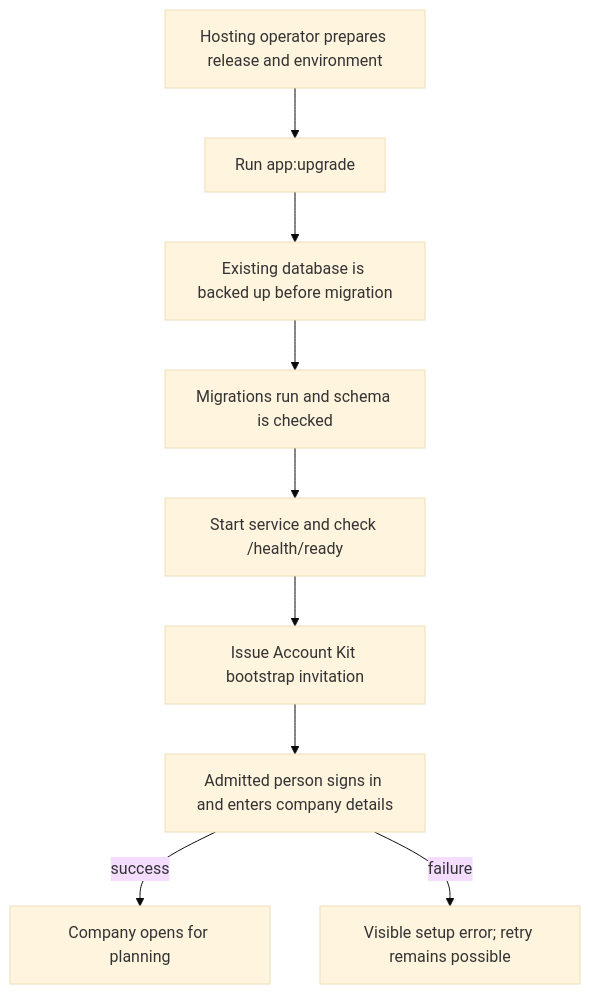
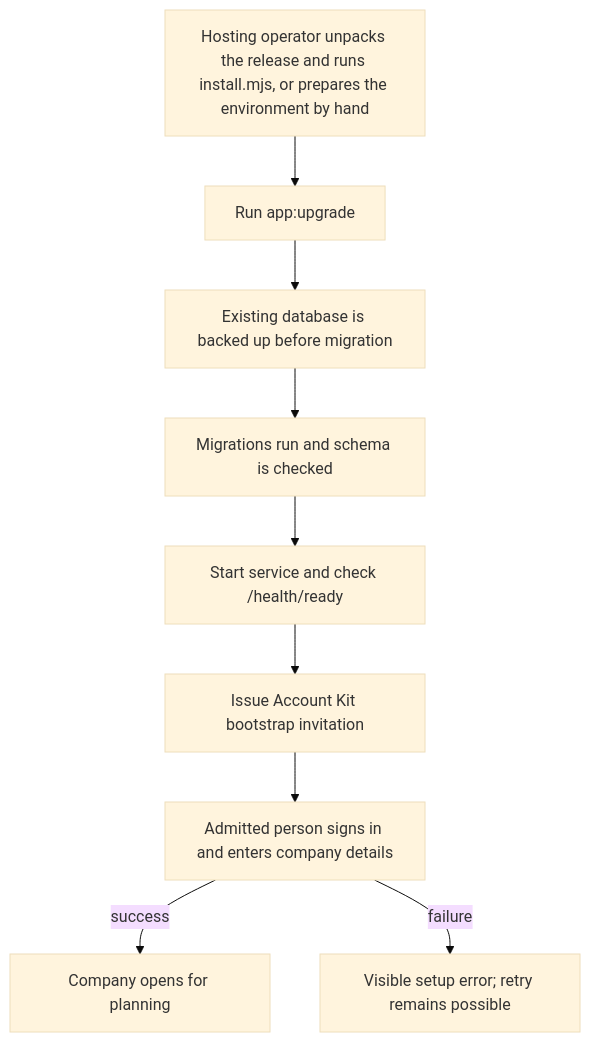
One commit to Kevinjohn/capacitylens changed the first of 2 diagrams in user-stories/installation/US-INS-01-install-one-agency.md. Above: the diagram before and after it, drawn with Mermaid (base theme). The commit also changed other lines of this file and 22 other files, not shown here.

````diff
--- a/user-stories/installation/US-INS-01-install-one-agency.md
+++ b/user-stories/installation/US-INS-01-install-one-agency.md
@@ -21,11 +23,11 @@
 ```mermaid
 flowchart TD
-  prepare["Hosting operator prepares release and environment"] --> upgrade["Run app:upgrade"]
+  prepare["Hosting operator unpacks the release and runs install.mjs, or prepares the environment by hand"] --> upgrade["Run app:upgrade"]
   upgrade --> backup["Existing database is backed up before migration"]
   backup --> migrate["Migrations run and schema is checked"]
   migrate --> service["Start service and check /health/ready"]
   service --> bootstrap["Issue Account Kit bootstrap invitation"]
   bootstrap --> setup["Admitted person signs in and enters company details"]
   setup -->|success| company["Company opens for planning"]
   setup -->|failure| error["Visible setup error; retry remains possible"]
 ```
````
